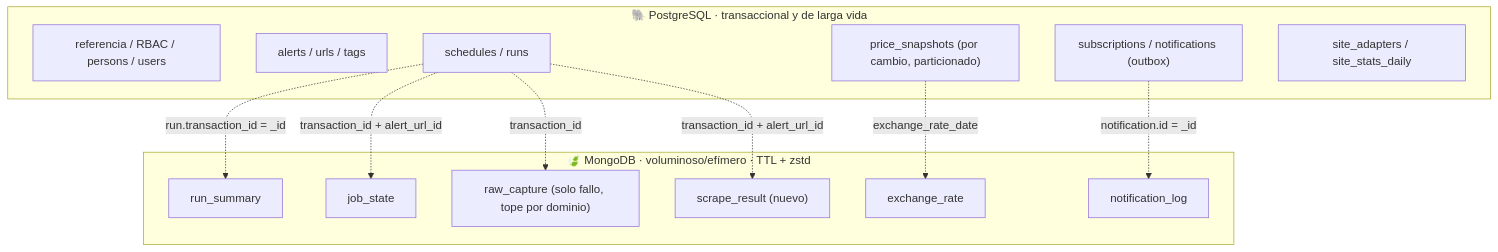
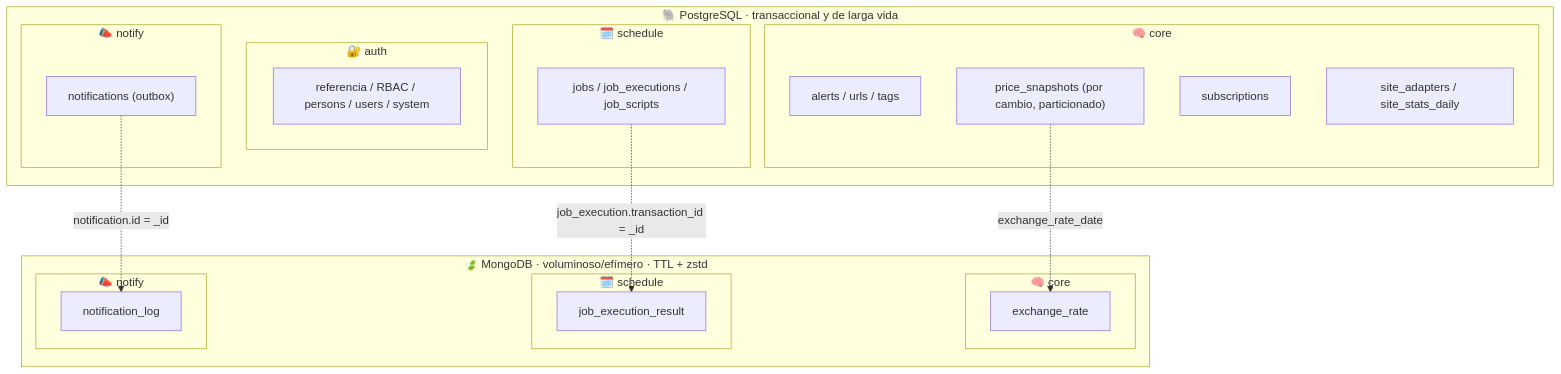
The first of 5 diagrams in docs/03-modelo-datos.md (vida-I-found-it/architecture), drawn with Mermaid before and after one commit. The commit also changed other lines of this file and 20 other files, not shown here.

````diff
--- a/docs/03-modelo-datos.md
+++ b/docs/03-modelo-datos.md
@@ -28,25 +44,34 @@
 ```mermaid
 graph TB
     subgraph PG["🐘 PostgreSQL · transaccional y de larga vida"]
-        A1["referencia / RBAC / persons / users"]
-        A2["alerts / urls / tags"]
-        A3["schedules / runs"]
-        A4["price_snapshots (por cambio, particionado)"]
-        A5["subscriptions / notifications (outbox)"]
-        A6["site_adapters / site_stats_daily"]
+        subgraph PG_AUTH["🔐 auth"]
+            A1["referencia / RBAC / persons / users / system"]
+        end
+        subgraph PG_CORE["🧠 core"]
+            A2["alerts / urls / tags"]
+            A4["price_snapshots (por cambio, particionado)"]
+            A5["subscriptions"]
+            A6["site_adapters / site_stats_daily"]
+        end
+        subgraph PG_SCHED["🗓️ schedule"]
+            A3["jobs / job_executions / job_scripts"]
+        end
+        subgraph PG_NOTIFY["📣 notify"]
+            A7["notifications (outbox)"]
+        end
     end
     subgraph NOSQL["🍃 MongoDB · voluminoso/efímero · TTL + zstd"]
-        B1["job_state"]
-        B2["run_summary"]
-        B3["raw_capture (solo fallo, tope por dominio)"]
-        B4["notification_log"]
-        B5["exchange_rate"]
-        B6["scrape_result (nuevo)"]
+        subgraph MG_CORE["🧠 core"]
+            B5["exchange_rate"]
+        end
+        subgraph MG_SCHED["🗓️ schedule"]
+            B1["job_execution_result"]
+        end
+        subgraph MG_NOTIFY["📣 notify"]
+            B4["notification_log"]
+        end
     end
-    A3 -.->|"run.transaction_id = _id"| B2
-    A3 -.->|"transaction_id + alert_url_id"| B1
-    A3 -.->|"transaction_id"| B3
-    A3 -.->|"transaction_id + alert_url_id"| B6
-    A5 -.->|"notification.id = _id"| B4
+    A3 -.->|"job_execution.transaction_id = _id"| B1
+    A7 -.->|"notification.id = _id"| B4
     A4 -.->|"exchange_rate_date"| B5
 ```
````
